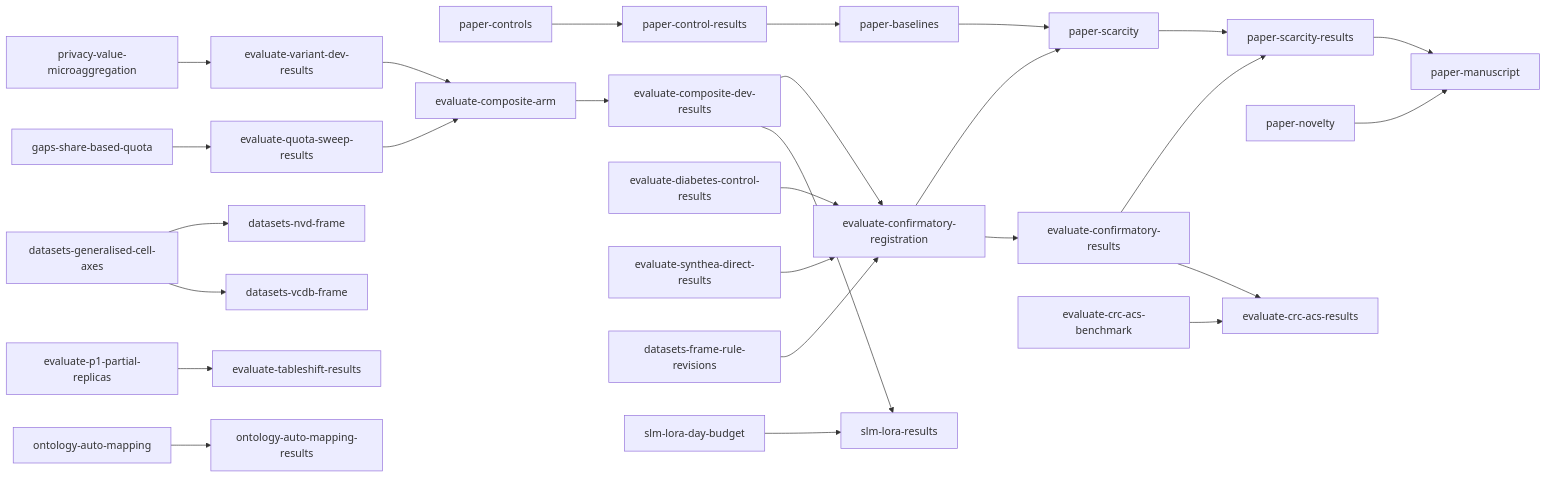
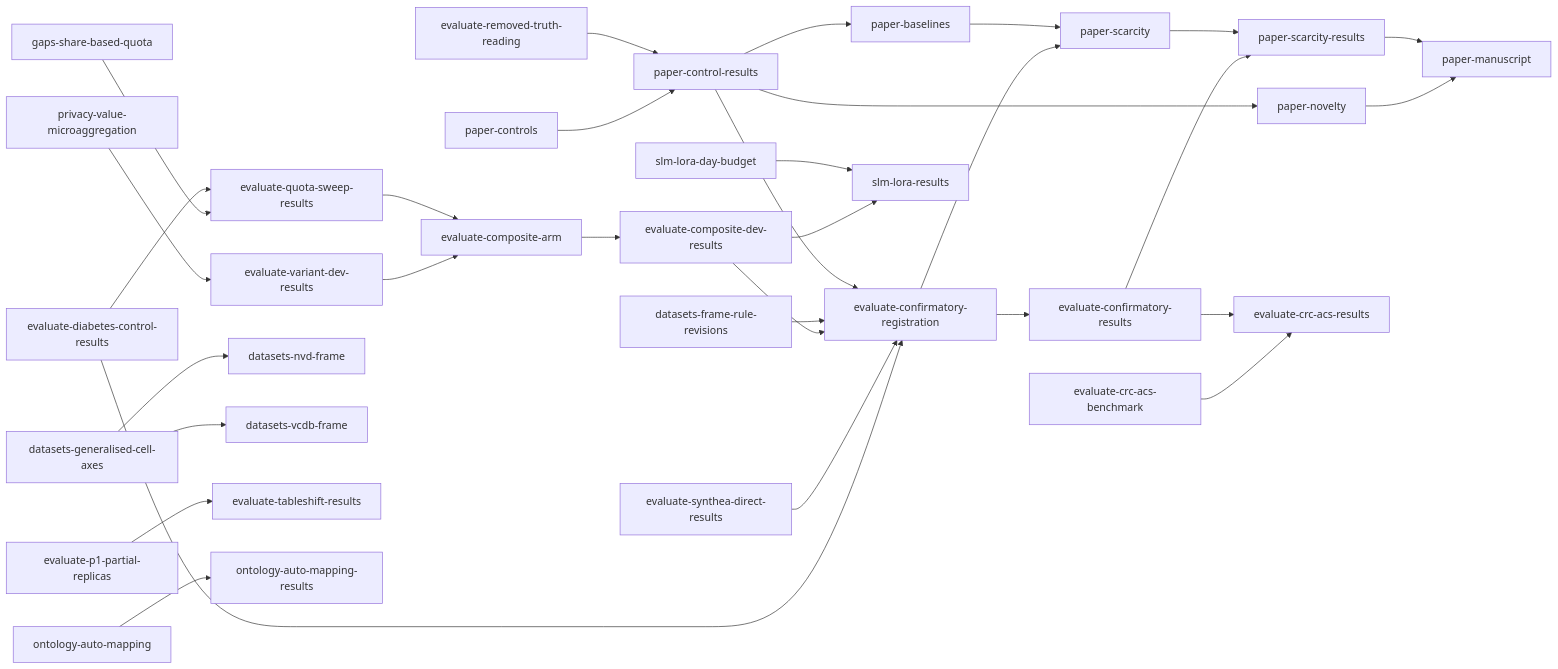
The diagram in tasks/direct-index.md (joe-dartmouth/synthetic), drawn with Mermaid before and after one commit. The commit also changed other lines of this file and 29 other files, not shown here.

````diff
--- a/tasks/direct-index.md
+++ b/tasks/direct-index.md
@@ -84,29 +127,33 @@
 ```mermaid
 flowchart LR
     p1[paper-controls] --> p2[paper-control-results]
     p2[paper-control-results] --> p3[paper-baselines]
     u30[evaluate-confirmatory-registration] --> p4[paper-scarcity]
     u31[evaluate-confirmatory-results] --> p5[paper-scarcity-results]
     p3[paper-baselines] --> p4[paper-scarcity]
     p4[paper-scarcity] --> p5[paper-scarcity-results]
     p0[paper-novelty] --> p6[paper-manuscript]
     p5[paper-scarcity-results] --> p6[paper-manuscript]
     u16[privacy-value-microaggregation] --> u19[evaluate-variant-dev-results]
     u20[gaps-share-based-quota] --> u21[evaluate-quota-sweep-results]
     u50[datasets-generalised-cell-axes] --> u52[datasets-nvd-frame]
     u50 --> u53[datasets-vcdb-frame]
     u19 --> u28[evaluate-composite-arm]
     u21 --> u28
     u28 --> u29[evaluate-composite-dev-results]
     u7[evaluate-diabetes-control-results] --> u30[evaluate-confirmatory-registration]
     u8[evaluate-synthea-direct-results] --> u30
     u29 --> u30
     u56[datasets-frame-rule-revisions] --> u30
     u30 --> u31[evaluate-confirmatory-results]
     u54[evaluate-p1-partial-replicas] --> u55[evaluate-tableshift-results]
     u41[evaluate-crc-acs-benchmark] --> u42[evaluate-crc-acs-results]
     u31 --> u42
     u32[ontology-auto-mapping] --> u33[ontology-auto-mapping-results]
     u29 --> u36[slm-lora-results]
     u51[slm-lora-day-budget] --> u36
+    u7[evaluate-diabetes-control-results] --> u21[evaluate-quota-sweep-results]
+    p2[paper-control-results] --> u30[evaluate-confirmatory-registration]
+    p2[paper-control-results] --> p0[paper-novelty]
+    u57[evaluate-removed-truth-reading] --> p2[paper-control-results]
 ```
````
